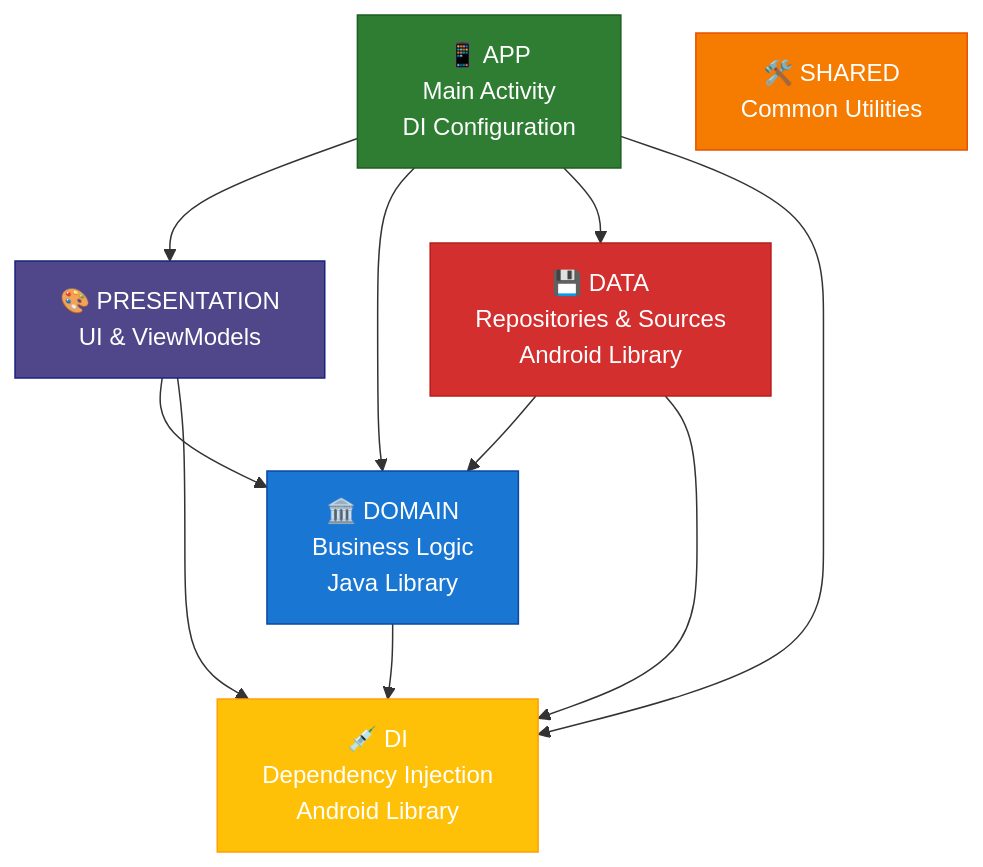
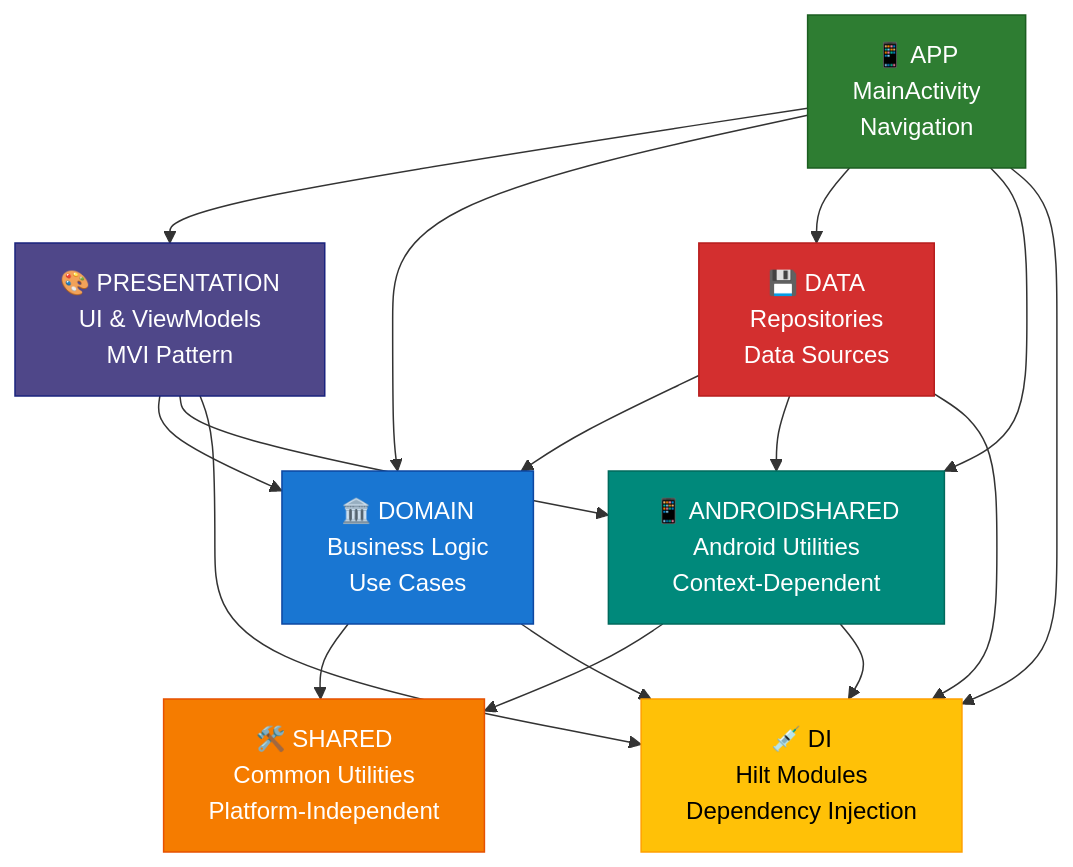
Before and after one commit to Fmdevpro/Civil-Academy: the diagram in README.md, drawn with Mermaid. The commit also changed other lines of this file and 126 other files, not shown here.

````diff
--- a/README.md
+++ b/README.md
@@ -211,36 +215,46 @@
 ```mermaid
 graph TD
-    A["📱 APP<br/>Main Activity<br/>DI Configuration"]
-    B["🎨 PRESENTATION<br/>UI & ViewModels"]
-    C["🏛️ DOMAIN<br/>Business Logic<br/>Java Library"]
-    D["💾 DATA<br/>Repositories & Sources<br/>Android Library"]
-    E["🛠️ SHARED<br/>Common Utilities"]
-    F["💉 DI<br/>Dependency Injection<br/>Android Library"]
+    A["📱 APP<br/>MainActivity<br/>Navigation"]
+    B["🎨 PRESENTATION<br/>UI & ViewModels<br/>MVI Pattern"]
+    C["🏛️ DOMAIN<br/>Business Logic<br/>Use Cases"]
+    D["💾 DATA<br/>Repositories<br/>Data Sources"]
+    E["🛠️ SHARED<br/>Common Utilities<br/>Platform-Independent"]
+    F["📱 ANDROIDSHARED<br/>Android Utilities<br/>Context-Dependent"]
+    G["💉 DI<br/>Hilt Modules<br/>Dependency Injection"]
 
     A --> B
     A --> C
     A --> D
     A --> F
+    A --> G
 
     B --> C
     B --> F
+    B --> G
 
     D --> C
     D --> F
+    D --> G
 
-    C --> F
+    C --> E
+    C --> G
+
+    F --> E
+    F --> G
 
     classDef app fill:#2e7d32,stroke:#1b5e20,color:#fff
     classDef domain fill:#1976d2,stroke:#0d47a1,color:#fff
     classDef presentation fill:#4F4789,stroke:#1a237e,color:#fff
     classDef data fill:#d32f2f,stroke:#b71c1c,color:#fff
     classDef shared fill:#f57c00,stroke:#e65100,color:#fff
-    classDef di fill:#FFC107,stroke:#FFA000,color:#fff
+    classDef androidshared fill:#00897b,stroke:#00695c,color:#fff
+    classDef di fill:#FFC107,stroke:#FFA000,color:#000
 
     class A app
     class B presentation
     class C domain
     class D data
     class E shared
-    class F di
+    class F androidshared
+    class G di
 ```
````
